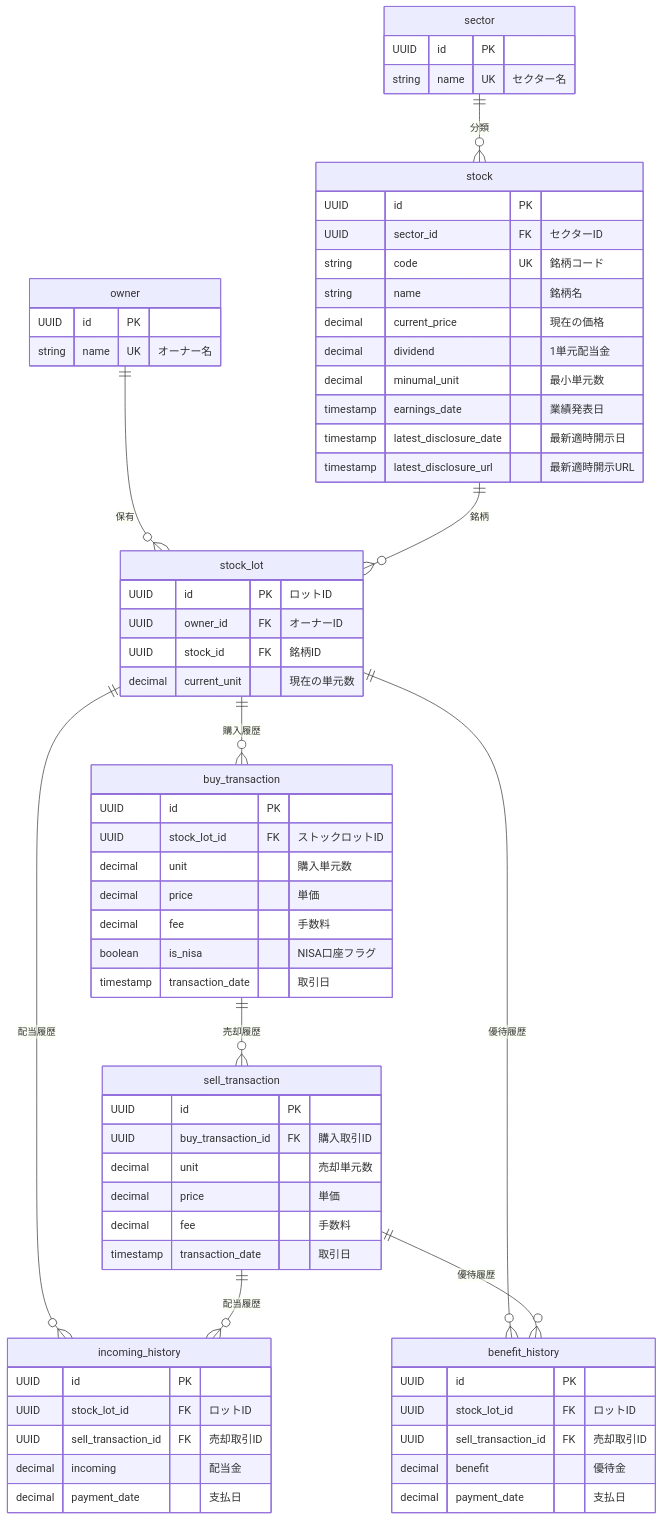
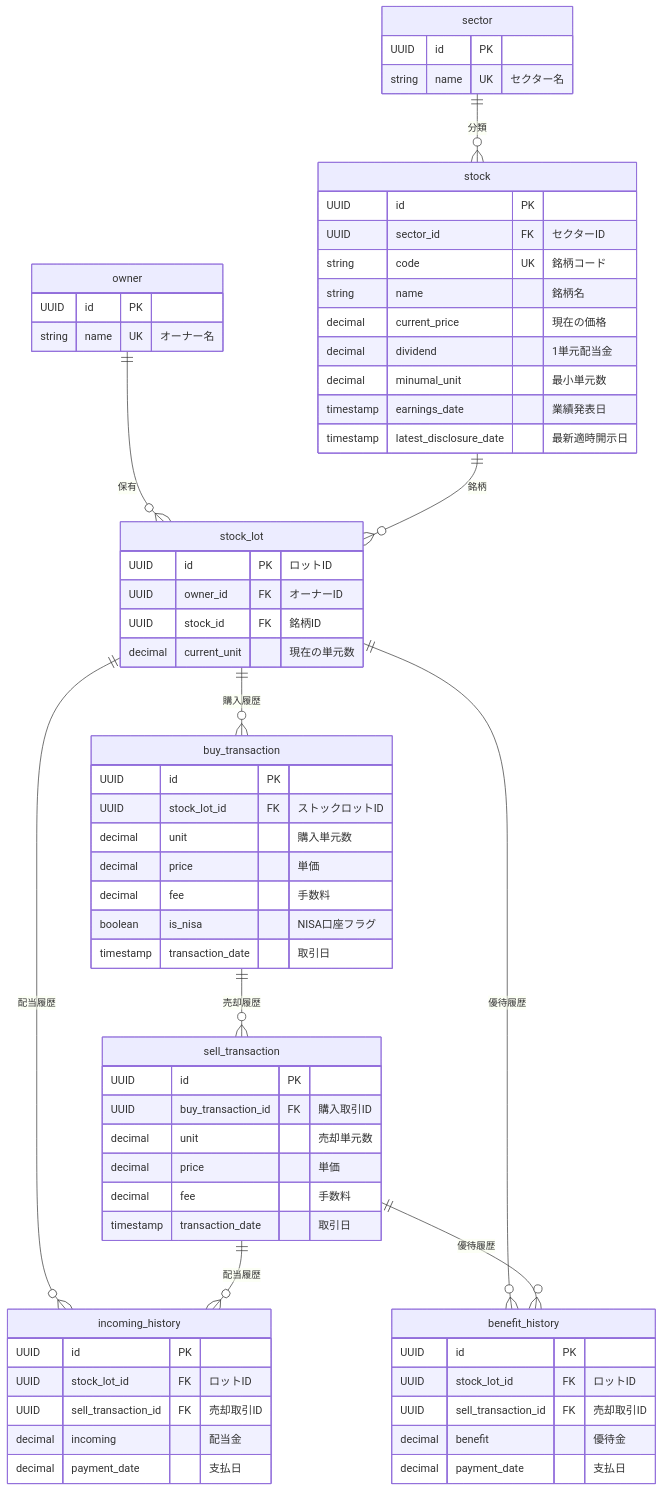
Before and after one commit to ijikeman/StockManager: the diagram in ER.md, drawn with Mermaid. The commit also changed 2 other files, not shown here.

````diff
--- a/ER.md
+++ b/ER.md
@@ -15,76 +15,75 @@
 ```mermaid
 erDiagram
     stock {
         UUID id PK
         UUID sector_id FK "セクターID"
         string code UK "銘柄コード"
         string name "銘柄名"
         decimal current_price "現在の価格"
         decimal dividend "1単元配当金"
         decimal minumal_unit "最小単元数"
         timestamp earnings_date "業績発表日"
         timestamp latest_disclosure_date "最新適時開示日"
-        timestamp latest_disclosure_url "最新適時開示URL"
     }
     
     stock_lot {
         UUID id PK "ロットID"
         UUID owner_id FK "オーナーID"
         UUID stock_id FK "銘柄ID" 
         decimal current_unit "現在の単元数"
     }
     
     buy_transaction {
         UUID id PK
         UUID stock_lot_id FK "ストックロットID"
         decimal unit "購入単元数"
         decimal price "単価"
         decimal fee "手数料"
         boolean is_nisa "NISA口座フラグ"
         timestamp transaction_date "取引日"
     }
 
     sell_transaction {
         UUID id PK
         UUID buy_transaction_id FK "購入取引ID"
         decimal unit "売却単元数"
         decimal price "単価"
         decimal fee "手数料"
         timestamp transaction_date "取引日"
     }
 
     incoming_history {
         UUID id PK
         UUID stock_lot_id FK "ロットID"
         UUID sell_transaction_id FK "売却取引ID"
         decimal incoming "配当金"
         decimal payment_date "支払日"
     }
 
     benefit_history {
         UUID id PK
         UUID stock_lot_id FK "ロットID"
         UUID sell_transaction_id FK "売却取引ID"
         decimal benefit "優待金"
         decimal payment_date "支払日"
     }
 
     owner {
         UUID id PK
         string name UK "オーナー名"
     }
 
     sector {
         UUID id PK
         string name UK "セクター名"
     }
     owner ||--o{ stock_lot : "保有"
 stock ||--o{ stock_lot : "銘柄"
     stock_lot ||--o{ buy_transaction : "購入履歴"
     stock_lot ||--o{ incoming_history : "配当履歴"
     sell_transaction ||--o{ incoming_history : "配当履歴"
     stock_lot ||--o{ benefit_history : "優待履歴"
     sell_transaction ||--o{ benefit_history : "優待履歴"
     buy_transaction ||--o{ sell_transaction : "売却履歴"
     sector ||--o{ stock : "分類"
 ```
````
